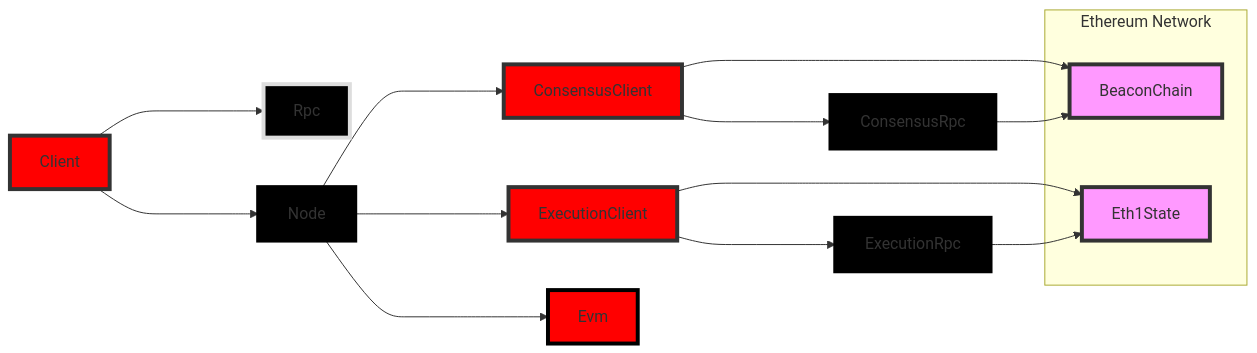
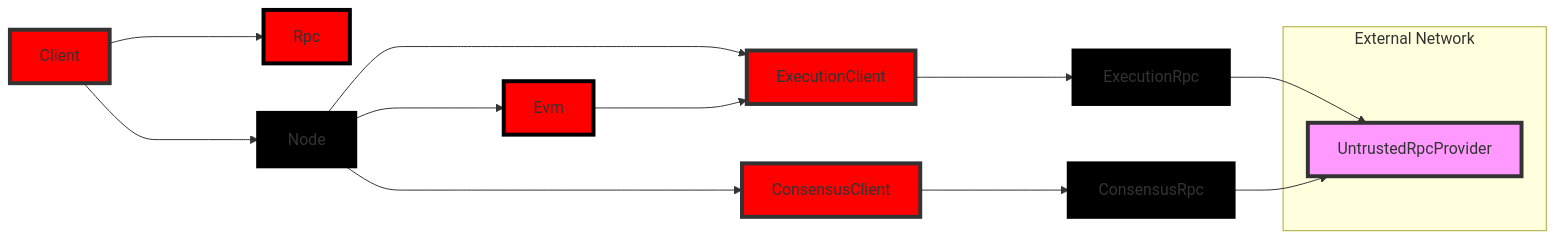
Before and after one commit to a16z/helios: the diagram in README.md, drawn with Mermaid.

Commit message:
updating mermaid with links from evm -> execution, renaming, and recoloring

````diff
--- a/README.md
+++ b/README.md
@@ -150,39 +150,43 @@
 ```mermaid
 graph LR
 
 Client ----> Rpc
 Client ----> Node
 Node ----> ConsensusClient
 Node ----> ExecutionClient
 ExecutionClient ----> ExecutionRpc
 ConsensusClient ----> ConsensusRpc
 Node ----> Evm
+Evm ----> ExecutionClient
 
 classDef node fill:#f9f,stroke:#333,stroke-width:4px;
 class Node,Client node
 classDef execution fill:#f0f,stroke:#333,stroke-width:4px;
 class ExecutionClient,ExecutionRpc execution
 classDef consensus fill:#ff0,stroke:#333,stroke-width:4px;
 class ConsensusClient,ConsensusRpc consensus
 classDef evm fill:#0ff,stroke:#333,stroke-width:4px;
 class Evm evm
+classDef provider fill:#012
+class UntrustedRpcProvider, provider
+classDef rpc fill:#e10
+class Rpc rpc
 
-subgraph "Ethereum Network"
-BeaconChain
-Eth1State
+
+subgraph "External Network"
+UntrustedRpcProvider
 end
 
-ConsensusClient --> BeaconChain
-ExecutionClient --> Eth1State
-ExecutionRpc --> Eth1State
-ConsensusRpc --> BeaconChain
+
+ExecutionRpc --> UntrustedRpcProvider
+ConsensusRpc --> UntrustedRpcProvider
 
 style Client fill:#f00,stroke:#333,stroke-width:4px;
 style Node fill:#000,stroke:#000,stroke-width:4px;
 style ExecutionClient fill:#f00,stroke:#333,stroke-width:4px;
 style ExecutionRpc fill:#000,stroke:#000,stroke-width:4px;
 style ConsensusClient fill:#f00,stroke:#333,stroke-width:4px;
 style ConsensusRpc fill:#000,stroke:#000,stroke-width:4px;
 style Evm fill:#f00,stroke:#000,stroke-width:4px;
-style Rpc fill:#000,stroke:#DDD,stroke-width:4px;
+style Rpc fill:#f00,stroke:#000,stroke-width:4px;
 ```
````
